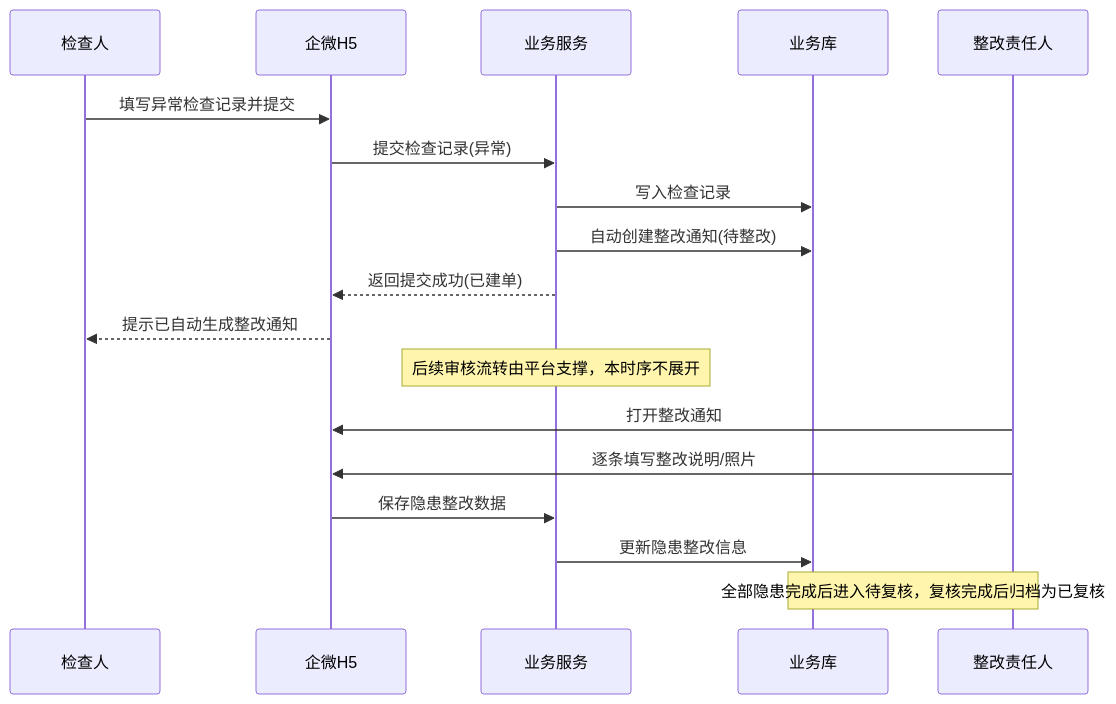
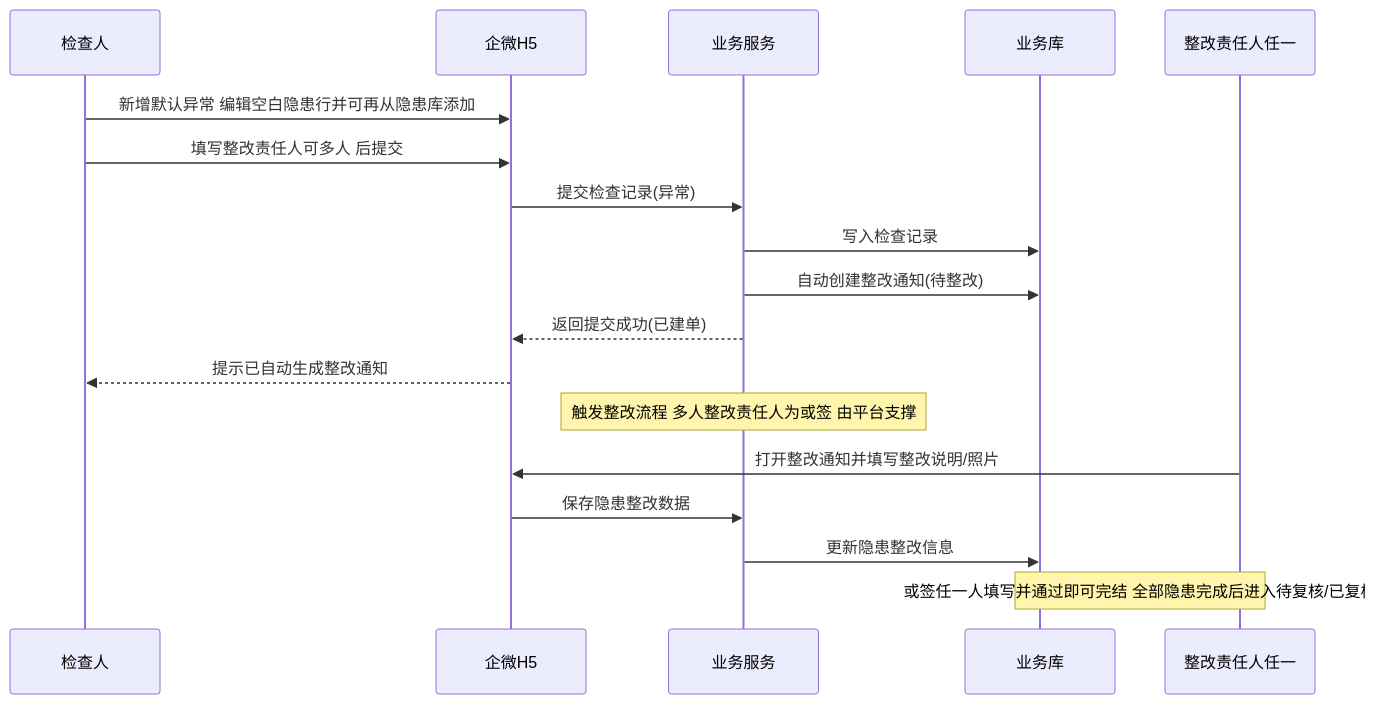
The ninth of 10 diagrams in docs/versions/v1.0.0/prd.md (liaoliao66/SES), drawn with Mermaid before and after one commit. The commit also changed other lines of this file and 2 other files, not shown here.

````diff
--- a/docs/versions/v1.0.0/prd.md
+++ b/docs/versions/v1.0.0/prd.md
@@ -299,22 +300,22 @@
 ```mermaid
 sequenceDiagram
   participant C as 检查人
   participant H5 as 企微H5
   participant BE as 业务服务
   participant DB as 业务库
-  participant R as 整改责任人
+  participant R as 整改责任人任一
 
-  C->>H5: 填写异常检查记录并提交
+  C->>H5: 新增默认异常 编辑空白隐患行并可再从隐患库添加
+  C->>H5: 填写整改责任人可多人 后提交
   H5->>BE: 提交检查记录(异常)
   BE->>DB: 写入检查记录
   BE->>DB: 自动创建整改通知(待整改)
   BE-->>H5: 返回提交成功(已建单)
   H5-->>C: 提示已自动生成整改通知
-  Note over BE: 后续审核流转由平台支撑，本时序不展开
+  Note over BE: 触发整改流程 多人整改责任人为或签 由平台支撑
 
-  R->>H5: 打开整改通知
-  R->>H5: 逐条填写整改说明/照片
+  R->>H5: 打开整改通知并填写整改说明/照片
   H5->>BE: 保存隐患整改数据
   BE->>DB: 更新隐患整改信息
-  Note over R,DB: 全部隐患完成后进入待复核，复核完成后归档为已复核
+  Note over R,DB: 或签任一人填写并通过即可完结 全部隐患完成后进入待复核/已复核
 ```
````
